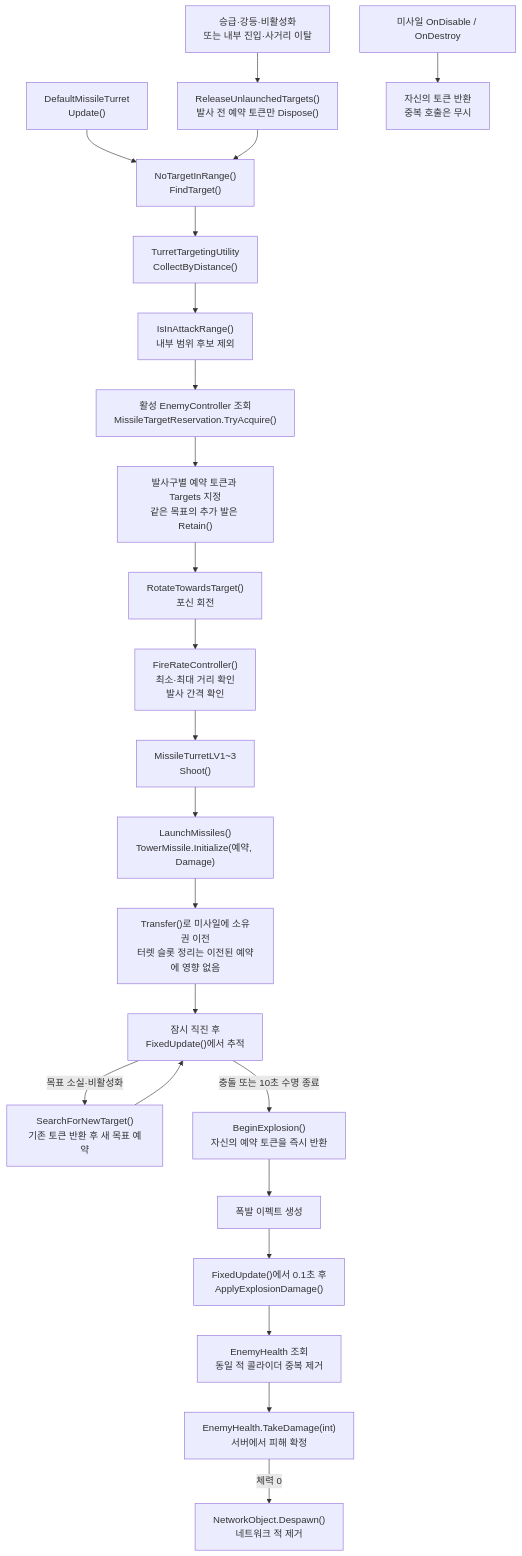
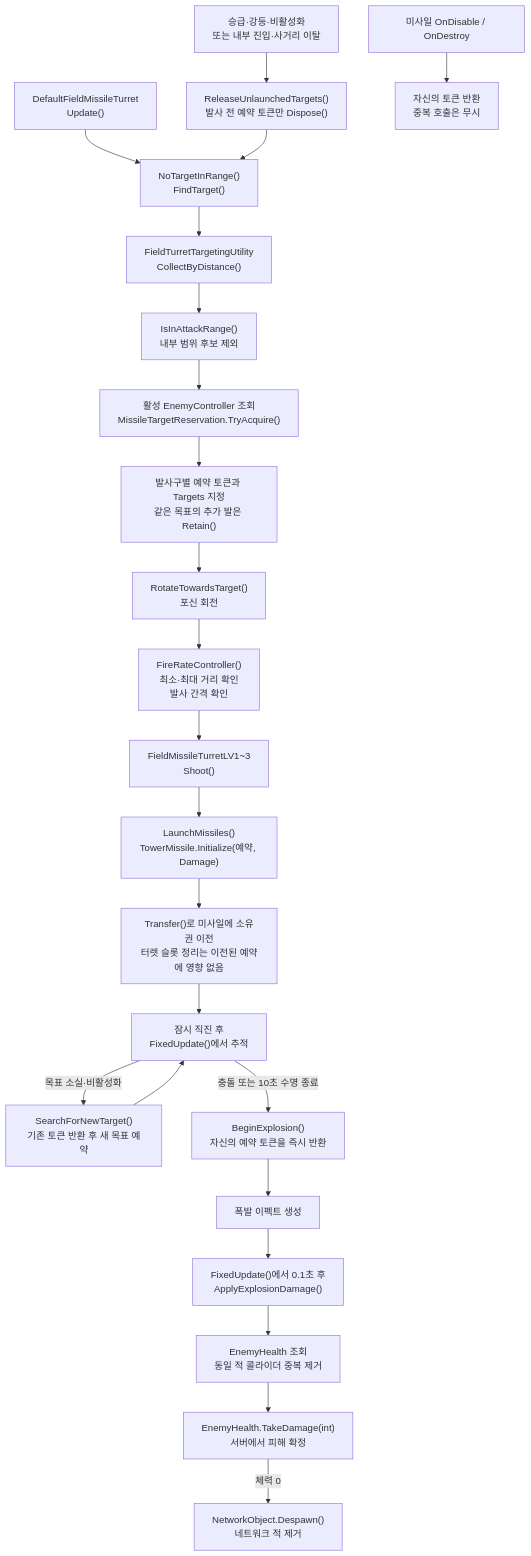
The tenth of 17 diagrams in Docs/architecture/turret-system-guide.md (Team-HJD-21/unity-6-the-developer), drawn with Mermaid before and after one commit. The commit also changed other lines of this file and 12 other files, not shown here.

Commit message:
docs(field-turret): update names and migration guide

````diff
--- a/Docs/architecture/turret-system-guide.md
+++ b/Docs/architecture/turret-system-guide.md
@@ -438,25 +440,25 @@
 ```mermaid
 flowchart TD
-    Update["DefaultMissileTurret<br>Update()"] --> Search["NoTargetInRange()<br>FindTarget()"]
-    Search --> Collect["TurretTargetingUtility<br>CollectByDistance()"]
+    Update["DefaultFieldMissileTurret<br>Update()"] --> Search["NoTargetInRange()<br>FindTarget()"]
+    Search --> Collect["FieldTurretTargetingUtility<br>CollectByDistance()"]
     Collect --> RangeCheck["IsInAttackRange()<br>내부 범위 후보 제외"]
     RangeCheck --> Filter["활성 EnemyController 조회<br>MissileTargetReservation.TryAcquire()"]
     Filter --> Targets["발사구별 예약 토큰과 Targets 지정<br>같은 목표의 추가 발은 Retain()"]
     Targets --> Rotate["RotateTowardsTarget()<br>포신 회전"]
     Rotate --> Fire["FireRateController()<br>최소·최대 거리 확인<br>발사 간격 확인"]
-    Fire --> Shoot["MissileTurretLV1~3<br>Shoot()"]
+    Fire --> Shoot["FieldMissileTurretLV1~3<br>Shoot()"]
     Shoot --> Init["LaunchMissiles()<br>TowerMissile.Initialize(예약, Damage)"]
     Init --> Transfer["Transfer()로 미사일에 소유권 이전<br>터렛 슬롯 정리는 이전된 예약에 영향 없음"]
     Change["승급·강등·비활성화<br>또는 내부 진입·사거리 이탈"] --> Release["ReleaseUnlaunchedTargets()<br>발사 전 예약 토큰만 Dispose()"]
     Release --> Search
     Transfer --> Straight["잠시 직진 후<br>FixedUpdate()에서 추적"]
     Straight -->|목표 소실·비활성화| Retarget["SearchForNewTarget()<br>기존 토큰 반환 후 새 목표 예약"]
     Retarget --> Straight
     Straight -->|충돌 또는 10초 수명 종료| Unreserve["BeginExplosion()<br>자신의 예약 토큰을 즉시 반환"]
     Disabled["미사일 OnDisable / OnDestroy"] --> Cleanup["자신의 토큰 반환<br>중복 호출은 무시"]
     Unreserve --> Explosion["폭발 이펙트 생성"]
     Explosion --> Area["FixedUpdate()에서 0.1초 후<br>ApplyExplosionDamage()"]
     Area --> Health["EnemyHealth 조회<br>동일 적 콜라이더 중복 제거"]
     Health --> Damage["EnemyHealth.TakeDamage(int)<br>서버에서 피해 확정"]
     Damage -->|체력 0| Die["NetworkObject.Despawn()<br>네트워크 적 제거"]
 ```
````
